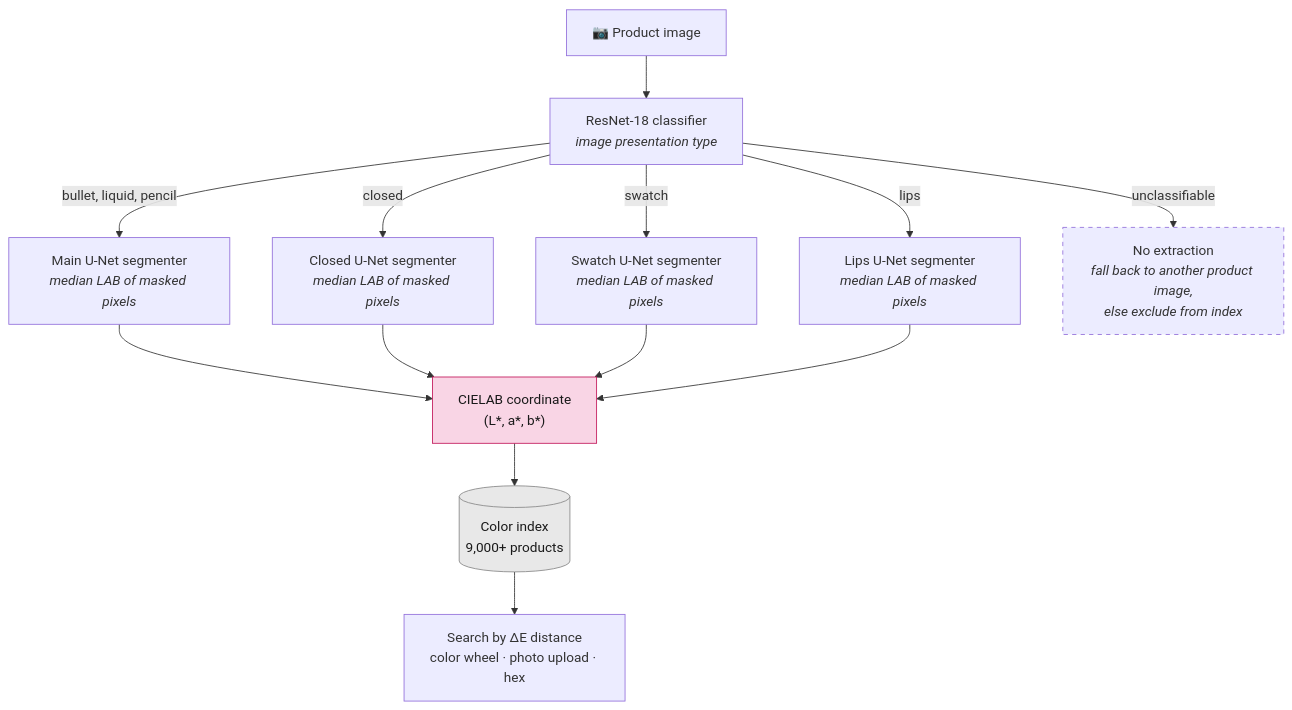
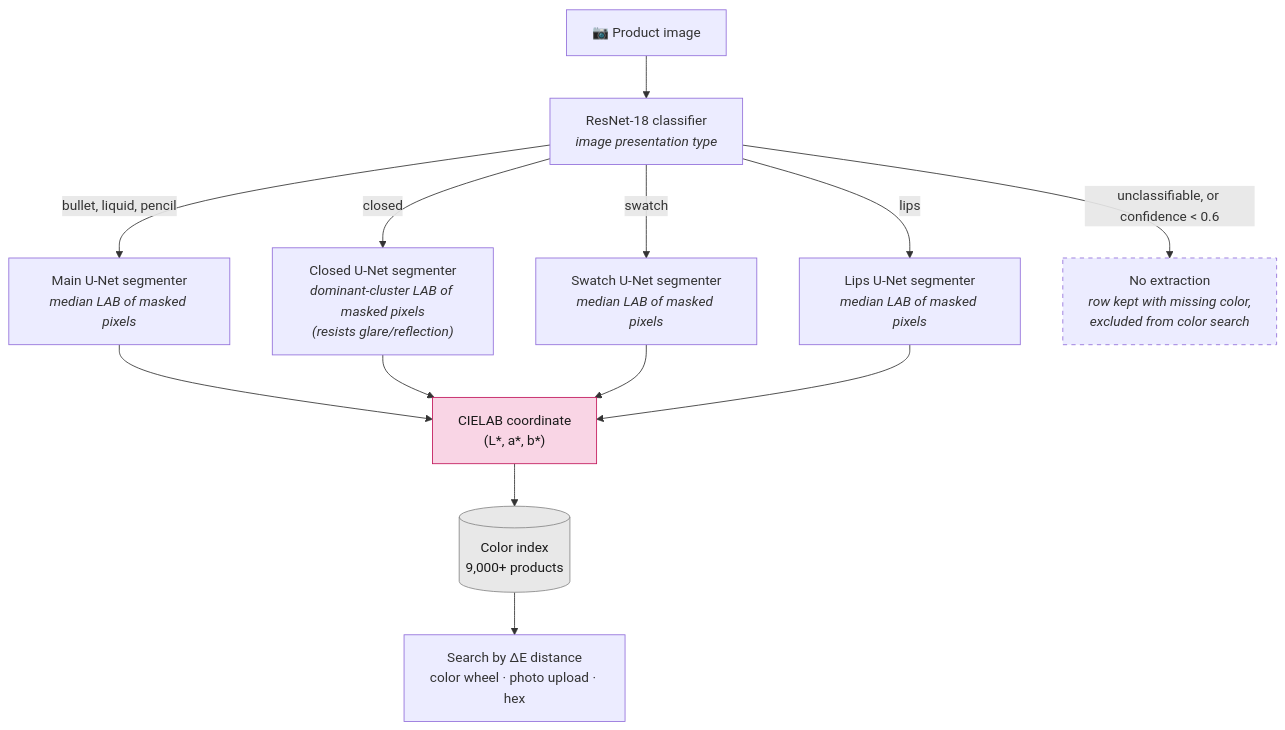
One commit to ConstanzaSchibber/lipstick_color_extraction changed the diagram in README.md. Above: the diagram before and after it, drawn with Mermaid. The commit also changed other lines of this file and 16 other files, not shown here.

````diff
--- a/README.md
+++ b/README.md
@@ -304,19 +306,19 @@
 ```mermaid
 flowchart TD
     A["📷 Product image"] --> B["ResNet-18 classifier<br/><i>image presentation type</i>"]
     B -->|bullet, liquid, pencil| C["Main U-Net segmenter<br/><i>median LAB of masked pixels</i>"]
-    B -->|closed| D["Closed U-Net segmenter<br/><i>median LAB of masked pixels</i>"]
+    B -->|closed| D["Closed U-Net segmenter<br/><i>dominant-cluster LAB of masked pixels<br/>(resists glare/reflection)</i>"]
     B -->|swatch| E["Swatch U-Net segmenter<br/><i>median LAB of masked pixels</i>"]
     B -->|lips| F["Lips U-Net segmenter<br/><i>median LAB of masked pixels</i>"]
-    B -->|unclassifiable| G["No extraction<br/><i>fall back to another product image,<br/>else exclude from index</i>"]
+    B -->|unclassifiable, or confidence < 0.6| G["No extraction<br/><i>row kept with missing color,<br/>excluded from color search</i>"]
     C --> H["CIELAB coordinate<br/>(L*, a*, b*)"]
     D --> H
     E --> H
     F --> H
     H --> I[("Color index<br/>9,000+ products")]
     I --> J["Search by ΔE distance<br/>color wheel · photo upload · hex"]
 
     style G stroke-dasharray: 5 5
     style H fill:#f9d5e5,color:#1a1a1a,stroke:#c2185b
     style I fill:#e8e8e8,color:#1a1a1a,stroke:#888
 ```
````
